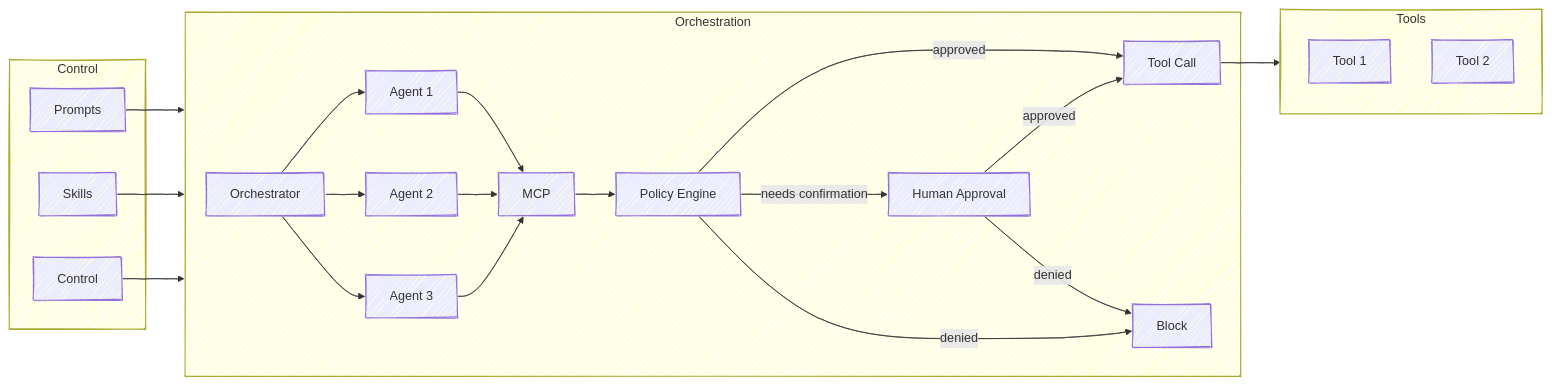
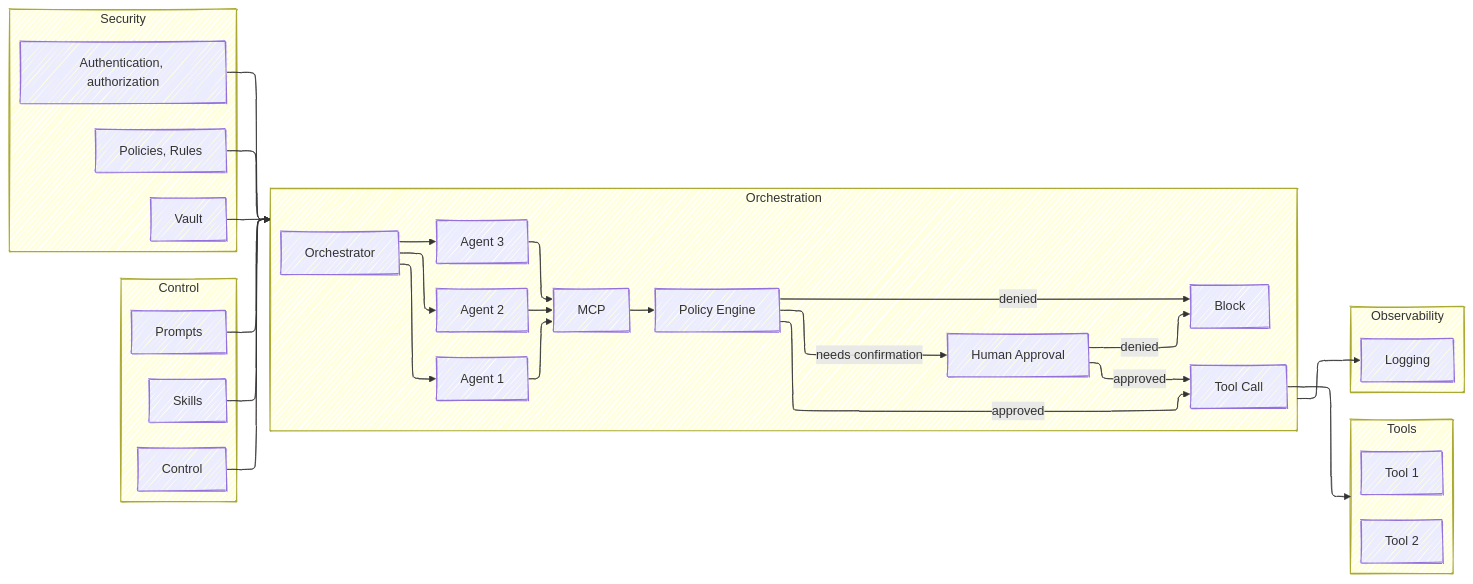
One commit to gitrsi/cyberops.zone changed the diagram in doing/Newmark Intel/README.md. Above: the diagram before and after it, drawn with Mermaid.

````diff
--- a/doing/Newmark Intel/README.md
+++ b/doing/Newmark Intel/README.md
@@ -77,50 +77,58 @@
 ```mermaid
 ---
 config:
-  layout: dagre
+  layout: elk
   look: handDrawn
   elk:
     mergeEdges: true
     nodePlacementStrategy: LINEAR_SEGMENTS
   theme: mc
 ---
 flowchart LR
-
-    subgraph A["Orchestration"]
+ subgraph A["Orchestration"]
         CLAW["Orchestrator"]
         AGENT1["Agent 1"]
         AGENT2["Agent 2"]
         AGENT3["Agent 3"]
         MCP["MCP"]
-        PE["Policy Engine"]
+        POLICYENGINE["Policy Engine"]
         APPROVAL["Human Approval"]
         TOOLCALL["Tool Call"]
         BLCK["Block"]
-    end
-
-    subgraph B["Control"]
+  end
+ subgraph B["Control"]
         PROMPTS["Prompts"]
         SKILLS["Skills"]
         CONTROL["Control"]
-    end
-
-    subgraph C["Tools"]
+  end
+ subgraph C["Tools"]
         TOOL1["Tool 1"]
         TOOL2["Tool 2"]
-    end
-
+  end
+ subgraph D["Security"]
+        AUTH["Authentication, authorization"]
+        POLICIES["Policies, Rules"]
+        VAULT["Vault"]
+  end
+ subgraph E["Observability"]
+        LOGS["Logging"]
+  end
+    AUTH --> A
+    VAULT --> A
+    POLICIES --> A
     PROMPTS --> A
     SKILLS --> A
     CONTROL --> A
     CLAW --> AGENT1 & AGENT2 & AGENT3
     AGENT1 --> MCP
     AGENT2 --> MCP
     AGENT3 --> MCP
-    MCP --> PE
-    PE -- approved --> TOOLCALL
-    PE -- needs confirmation --> APPROVAL
+    MCP --> POLICYENGINE
+    POLICYENGINE -- approved --> TOOLCALL
+    POLICYENGINE -- needs confirmation --> APPROVAL
     APPROVAL -- approved --> TOOLCALL
     APPROVAL -- denied --> BLCK
-    PE -- denied --> BLCK
+    POLICYENGINE -- denied --> BLCK
     TOOLCALL --> C
+    A --> LOGS
 ``` 
````
